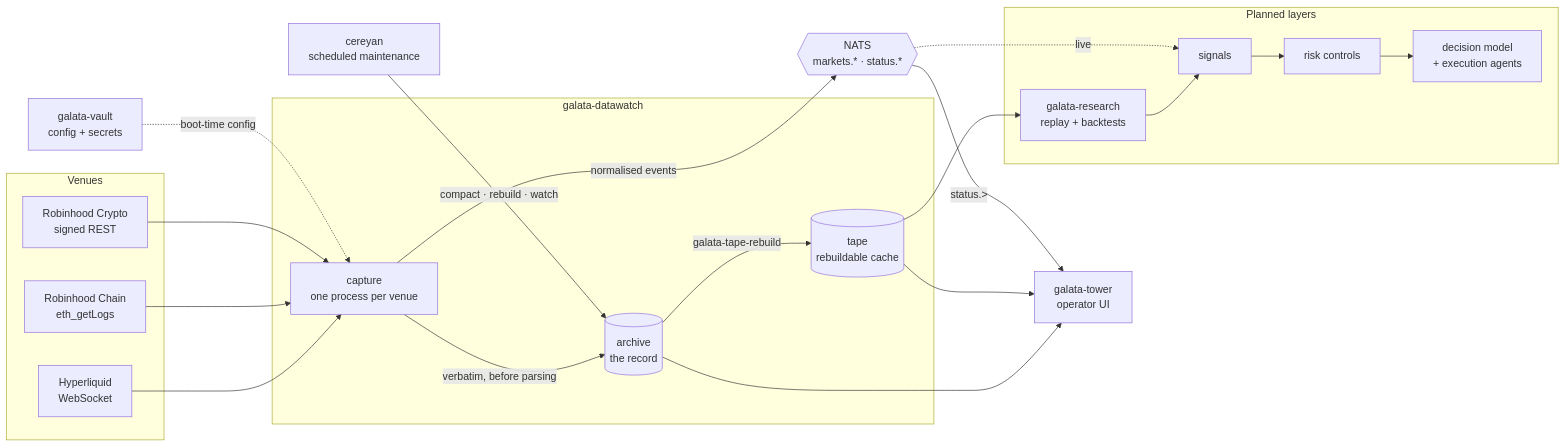
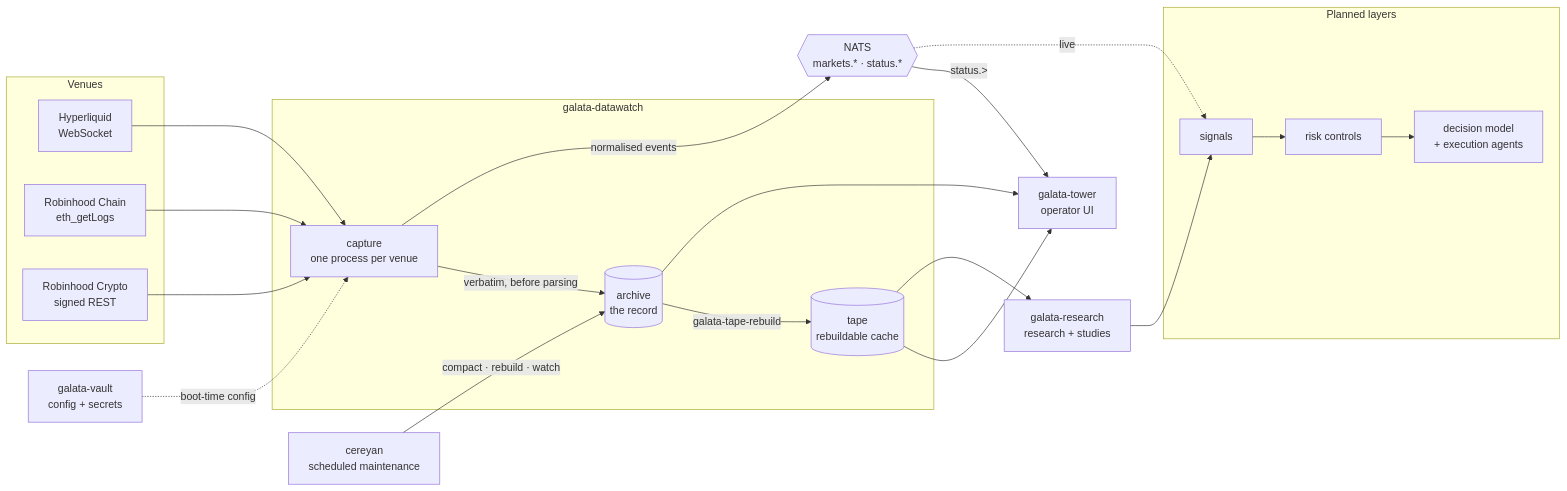
One commit to sercanatalik/galata-datawatch changed the diagram in README.md. Above: the diagram before and after it, drawn with Mermaid. The commit also changed other lines of this file, not shown here.

First line of the commit message:
the README says what galata-research is now, not what it was planned to be

````diff
--- a/README.md
+++ b/README.md
@@ -72,37 +74,37 @@
 ```mermaid
 flowchart LR
     subgraph Venues
         HL["Hyperliquid<br/>WebSocket"]
         RHC["Robinhood Chain<br/>eth_getLogs"]
         RHX["Robinhood Crypto<br/>signed REST"]
     end
 
     subgraph DW["galata-datawatch"]
         CAP["capture<br/>one process per venue"]
         ARC[("archive<br/>the record")]
         TAPE[("tape<br/>rebuildable cache")]
     end
 
     VAULT["galata-vault<br/>config + secrets"]
     NATS{{"NATS<br/>markets.* · status.*"}}
     FLOWS["cereyan<br/>scheduled maintenance"]
     TOWER["galata-tower<br/>operator UI"]
+    RES["galata-research<br/>research + studies"]
 
     subgraph Next["Planned layers"]
-        RES["galata-research<br/>replay + backtests"]
         SIG["signals"]
         RISK["risk controls"]
         EXEC["decision model<br/>+ execution agents"]
     end
 
     HL & RHC & RHX --> CAP
     VAULT -. boot-time config .-> CAP
     CAP -- "verbatim, before parsing" --> ARC
     CAP -- normalised events --> NATS
     FLOWS -- compact · rebuild · watch --> ARC
     ARC -- galata-tape-rebuild --> TAPE
     ARC & TAPE --> TOWER
     NATS -- "status.>" --> TOWER
     TAPE --> RES --> SIG --> RISK --> EXEC
     NATS -. live .-> SIG
 ```
````
